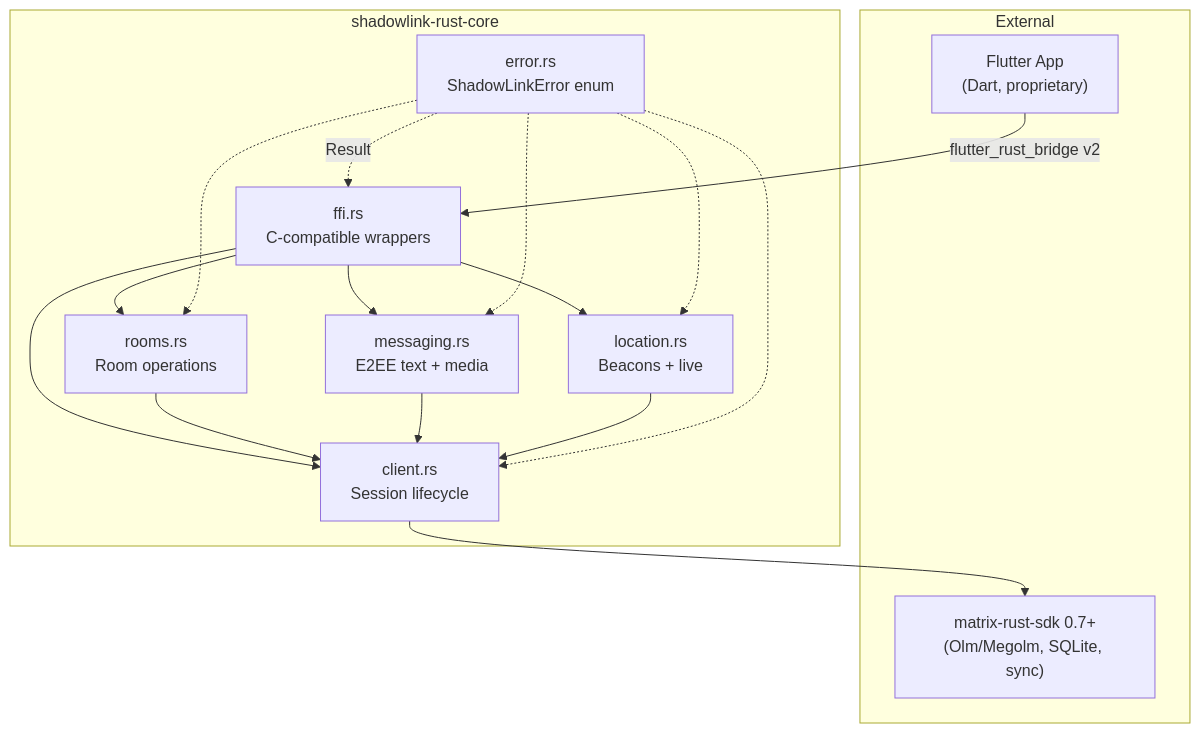
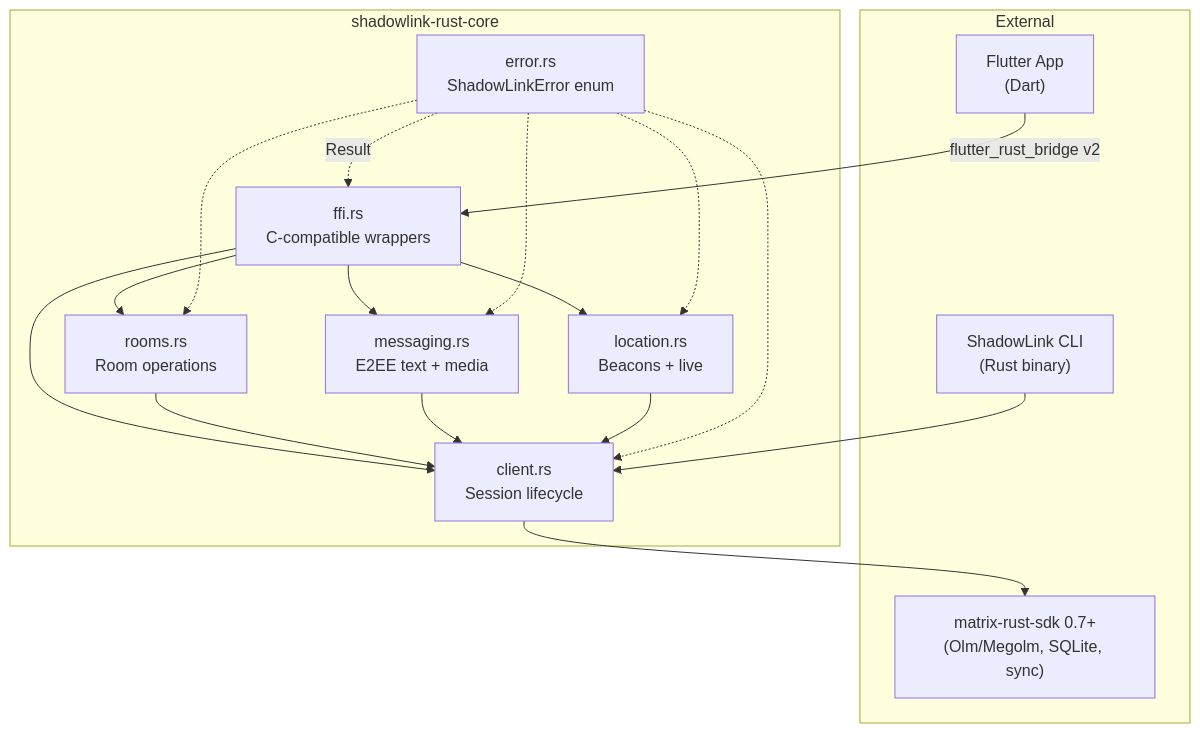
Before and after one commit to ccmueller355/shadowlink-rust-core: the first of 2 diagrams in docs/arc42/05-building-block-view.md, drawn with Mermaid. The commit also changed 17 other files, not shown here.

````diff
--- a/docs/arc42/05-building-block-view.md
+++ b/docs/arc42/05-building-block-view.md
@@ -14,31 +14,33 @@
 ```mermaid
 graph TB
     subgraph External["External"]
-        Flutter["Flutter App\n(Dart, proprietary)"]
+        CLI["ShadowLink CLI\n(Rust binary)"]
+        Flutter["Flutter App\n(Dart)"]
         SDK["matrix-rust-sdk 0.7+\n(Olm/Megolm, SQLite, sync)"]
     end
 
     subgraph Crate["shadowlink-rust-core"]
         FFI["ffi.rs\nC-compatible wrappers"]
         Client["client.rs\nSession lifecycle"]
         Rooms["rooms.rs\nRoom operations"]
         Messaging["messaging.rs\nE2EE text + media"]
         Location["location.rs\nBeacons + live"]
         Error["error.rs\nShadowLinkError enum"]
     end
 
+    CLI --> Client
     Flutter -->|"flutter_rust_bridge v2"| FFI
     FFI --> Client
     FFI --> Rooms
     FFI --> Messaging
     FFI --> Location
     Client --> SDK
     Rooms --> Client
     Messaging --> Client
     Location --> Client
     Error -.->|"Result<T, E>"| FFI
     Error -.-> Client
     Error -.-> Rooms
     Error -.-> Messaging
     Error -.-> Location
 ```
````
